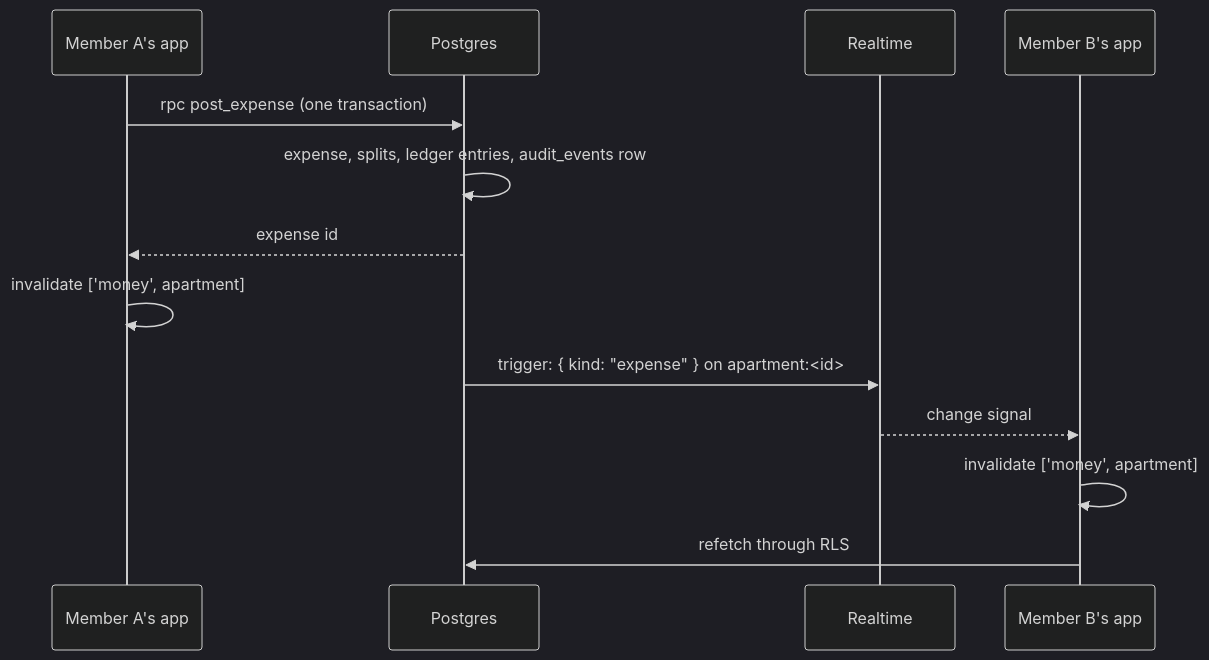
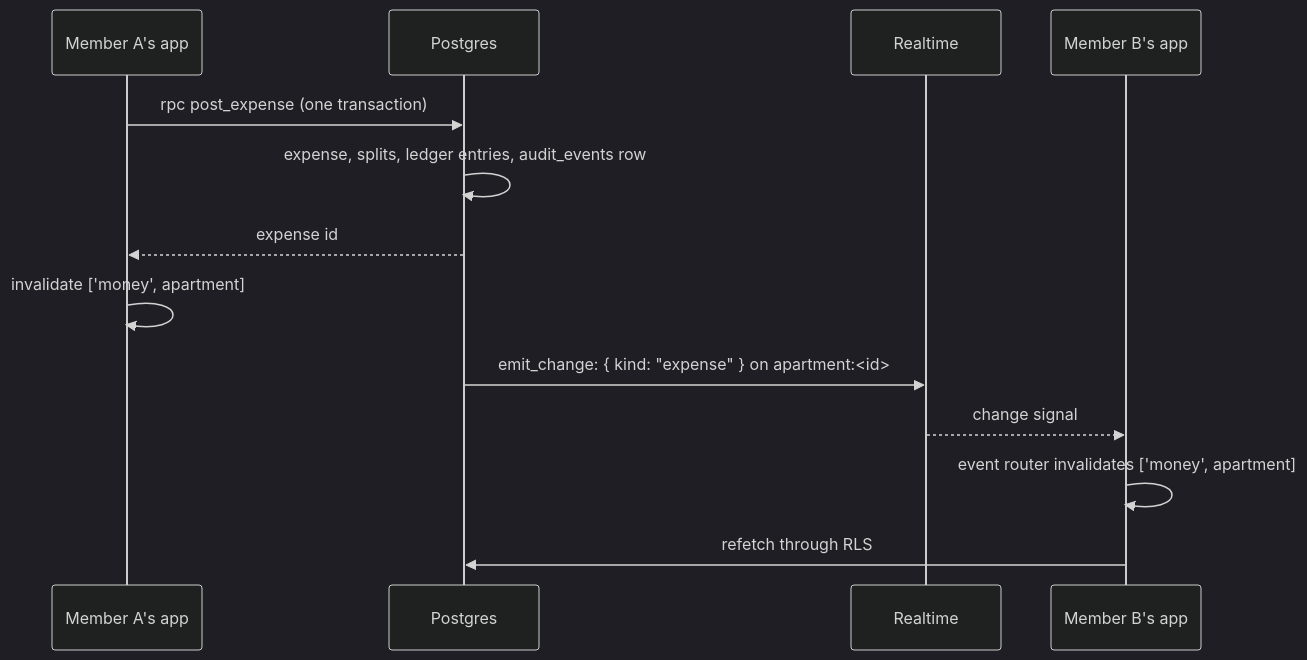
The second of 2 diagrams in docs/ARCHITECTURE.md (MAnasLatif/FlatMate), drawn with Mermaid (dark theme) before and after one commit. The commit also changed other lines of this file and 3 other files, not shown here.

````diff
--- a/docs/ARCHITECTURE.md
+++ b/docs/ARCHITECTURE.md
@@ -96,15 +102,15 @@
 ```mermaid
 sequenceDiagram
   participant A as Member A's app
   participant DB as Postgres
   participant RT as Realtime
   participant B as Member B's app
   A->>DB: rpc post_expense (one transaction)
   DB->>DB: expense, splits, ledger entries, audit_events row
   DB-->>A: expense id
   A->>A: invalidate ['money', apartment]
-  DB->>RT: trigger: { kind: "expense" } on apartment:<id>
+  DB->>RT: emit_change: { kind: "expense" } on apartment:<id>
   RT-->>B: change signal
-  B->>B: invalidate ['money', apartment]
+  B->>B: event router invalidates ['money', apartment]
   B->>DB: refetch through RLS
 ```
````
